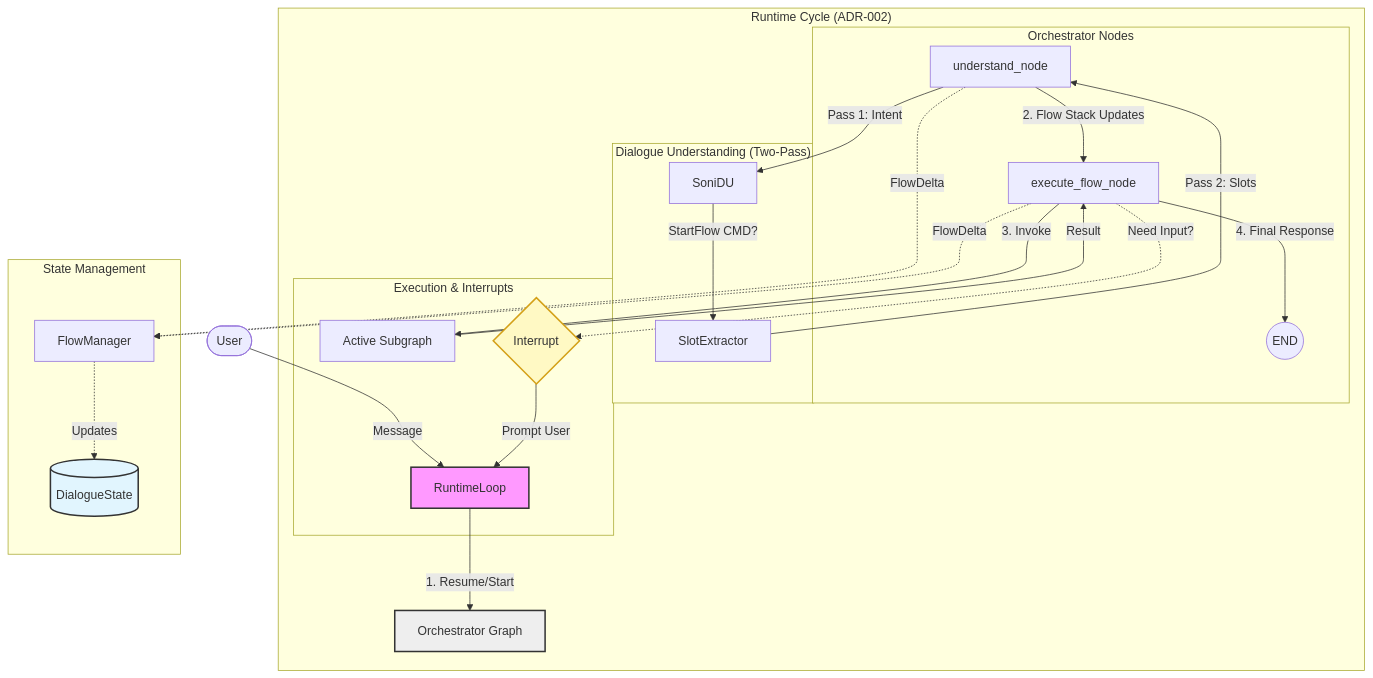
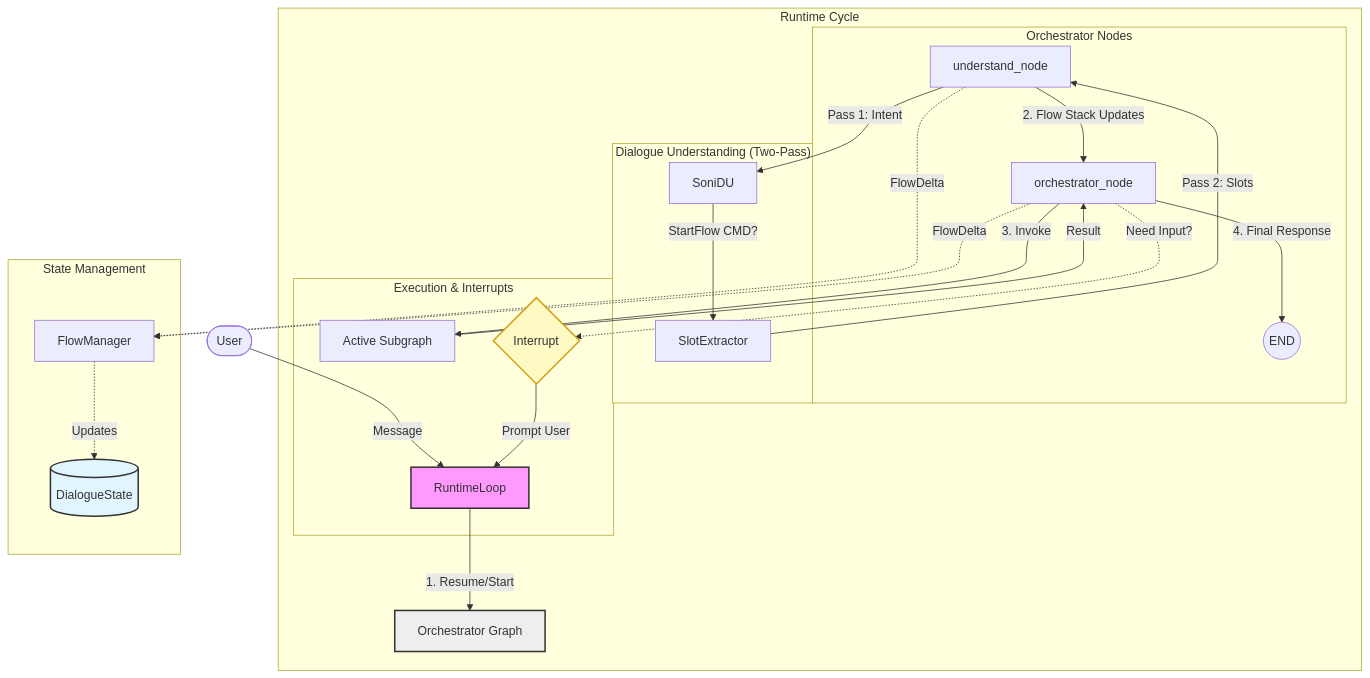
One commit to jmorenobl/soni changed the first of 2 diagrams in docs/architecture_overview.md. Above: the diagram before and after it, drawn with Mermaid. The commit also changed other lines of this file and 10 other files, not shown here.

````diff
--- a/docs/architecture_overview.md
+++ b/docs/architecture_overview.md
@@ -5,41 +5,41 @@
 ```mermaid
 graph TD
     User([User]) -->|Message| RL[RuntimeLoop]
 
-    subgraph "Runtime Cycle (ADR-002)"
+    subgraph "Runtime Cycle"
         RL -->|1. Resume/Start| Orchestrator[Orchestrator Graph]
 
         subgraph "Orchestrator Nodes"
-            UN[understand_node] -->|2. Flow Stack Updates| EX[execute_flow_node]
-            EX -->|4. Final Response| END((END))
+            UN[understand_node] -->|2. Flow Stack Updates| ORCH[orchestrator_node]
+            ORCH -->|4. Final Response| END((END))
         end
 
         subgraph "Dialogue Understanding (Two-Pass)"
             UN -->|Pass 1: Intent| DU[SoniDU]
             DU -->|StartFlow CMD?| SE[SlotExtractor]
             SE -->|Pass 2: Slots| UN
         end
 
         subgraph "Execution & Interrupts"
-            EX -->|3. Invoke| SubG[Active Subgraph]
-            SubG -->|Result| EX
+            ORCH -->|3. Invoke| SubG[Active Subgraph]
+            SubG -->|Result| ORCH
 
-            EX -.->|Need Input?| INT{Interrupt}
+            ORCH -.->|Need Input?| INT{Interrupt}
             INT -->|Prompt User| RL
         end
     end
 
     subgraph "State Management"
         FM[FlowManager]
         State[(DialogueState)]
 
         UN -.->|FlowDelta| FM
-        EX -.->|FlowDelta| FM
+        ORCH -.->|FlowDelta| FM
         FM -.->|Updates| State
     end
 
     style RL fill:#f9f,stroke:#333,stroke-width:2px
     style Orchestrator fill:#eee,stroke:#333,stroke-width:2px
     style State fill:#e1f5fe,stroke:#333,stroke-width:2px
     style INT fill:#fff9c4,stroke:#d4a017,stroke-width:2px
 ```
````
